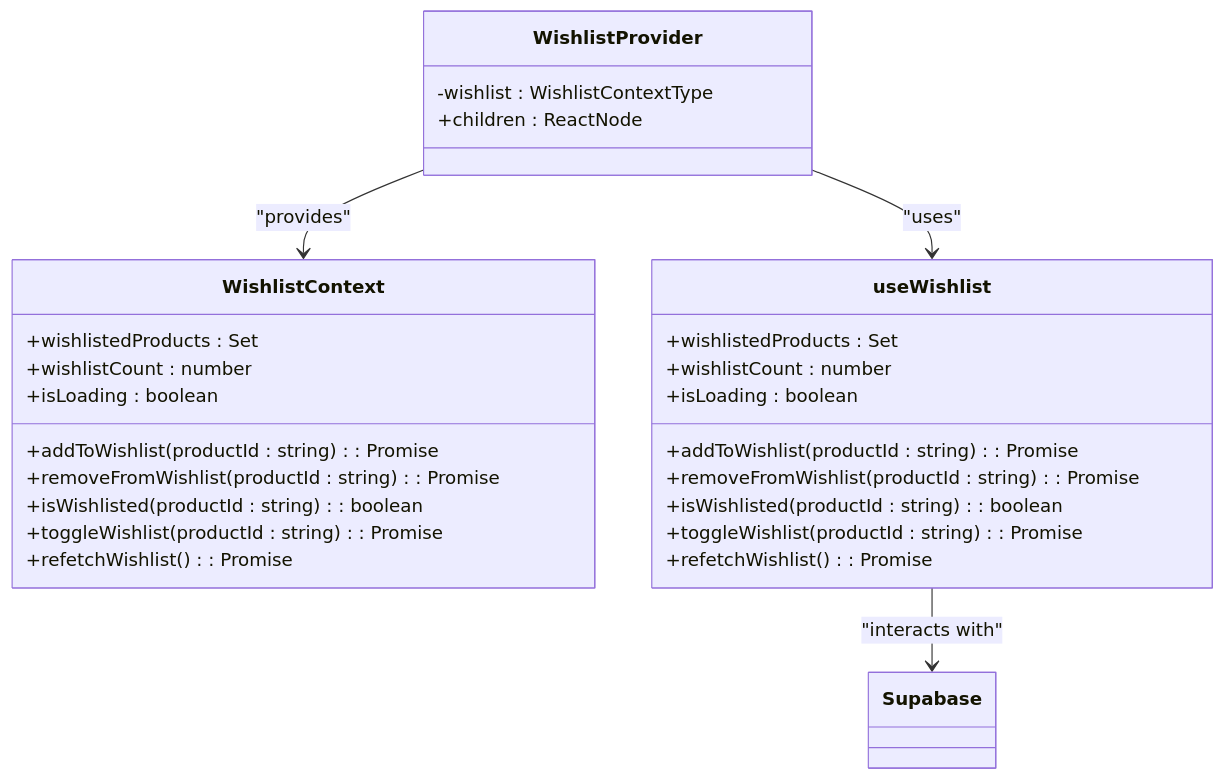
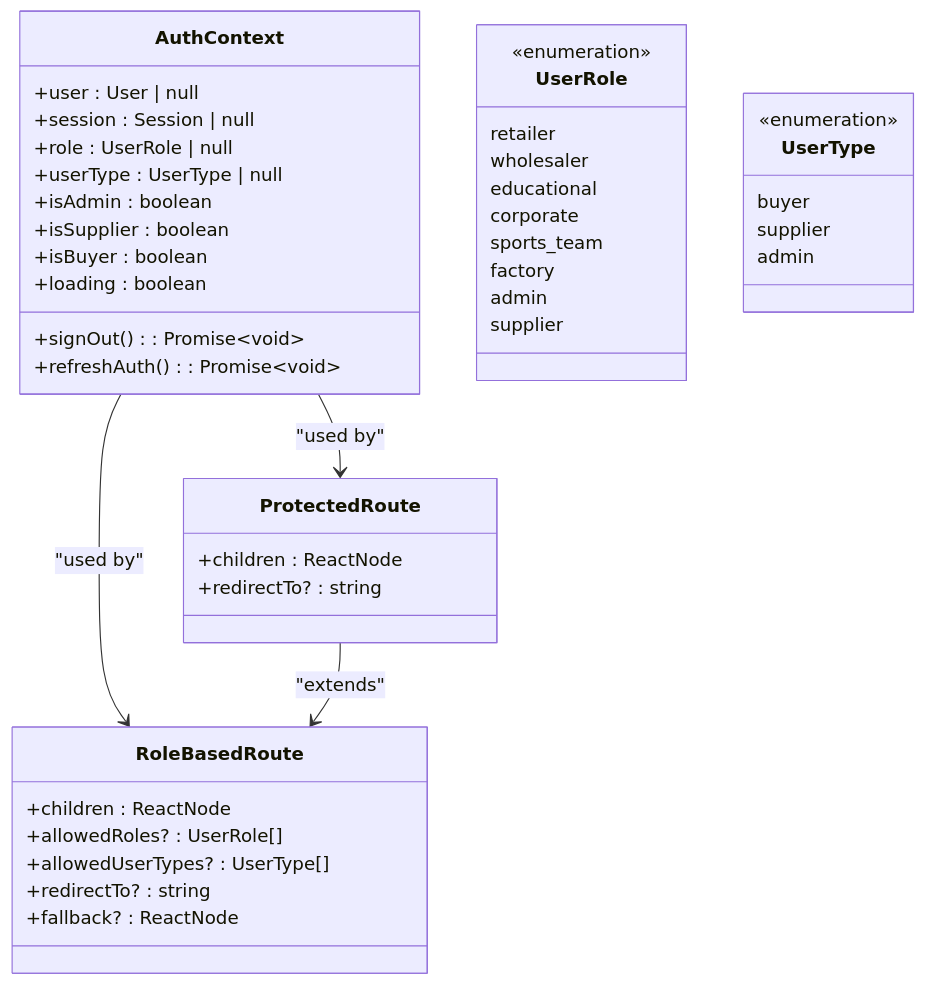
Before and after one commit to sleekapparels-admin/sleekapp-v100: the third of 8 diagrams in .qoder/repowiki/en/content/Frontend Architecture/Frontend Architecture.md, drawn with Mermaid. The commit also changed other lines of this file and 337 other files, not shown here.

````diff
--- a/.qoder/repowiki/en/content/Frontend Architecture/Frontend Architecture.md
+++ b/.qoder/repowiki/en/content/Frontend Architecture/Frontend Architecture.md
@@ -186,30 +131,46 @@
 ```mermaid
 classDiagram
-class WishlistContext {
-+wishlistedProducts : Set<string>
-+wishlistCount : number
-+isLoading : boolean
-+addToWishlist(productId : string) : Promise<any>
-+removeFromWishlist(productId : string) : Promise<any>
-+isWishlisted(productId : string) : boolean
-+toggleWishlist(productId : string) : Promise<any>
-+refetchWishlist() : Promise<void>
+class AuthContext {
++user : User | null
++session : Session | null
++role : UserRole | null
++userType : UserType | null
++isAdmin : boolean
++isSupplier : boolean
++isBuyer : boolean
++loading : boolean
++signOut() : Promise~void~
++refreshAuth() : Promise~void~
 }
-class WishlistProvider {
--wishlist : WishlistContextType
+class UserRole {
+<<enumeration>>
+retailer
+wholesaler
+educational
+corporate
+sports_team
+factory
+admin
+supplier
+}
+class UserType {
+<<enumeration>>
+buyer
+supplier
+admin
+}
+class ProtectedRoute {
 +children : ReactNode
++redirectTo? : string
 }
-class useWishlist {
-+wishlistedProducts : Set<string>
-+wishlistCount : number
-+isLoading : boolean
-+addToWishlist(productId : string) : Promise<any>
-+removeFromWishlist(productId : string) : Promise<any>
-+isWishlisted(productId : string) : boolean
-+toggleWishlist(productId : string) : Promise<any>
-+refetchWishlist() : Promise<void>
+class RoleBasedRoute {
++children : ReactNode
++allowedRoles? : UserRole[]
++allowedUserTypes? : UserType[]
++redirectTo? : string
++fallback? : ReactNode
 }
-WishlistProvider --> WishlistContext : "provides"
-useWishlist --> Supabase : "interacts with"
-WishlistProvider --> useWishlist : "uses"
+AuthContext --> ProtectedRoute : "used by"
+AuthContext --> RoleBasedRoute : "used by"
+ProtectedRoute --> RoleBasedRoute : "extends"
 ```
````
